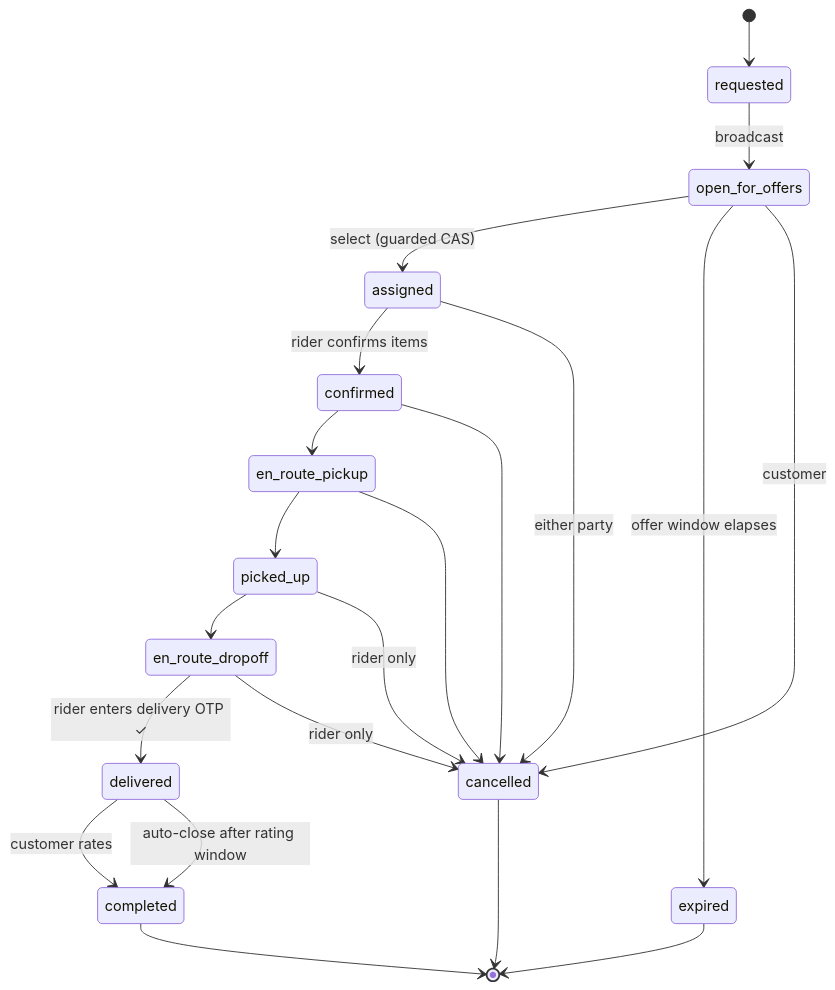
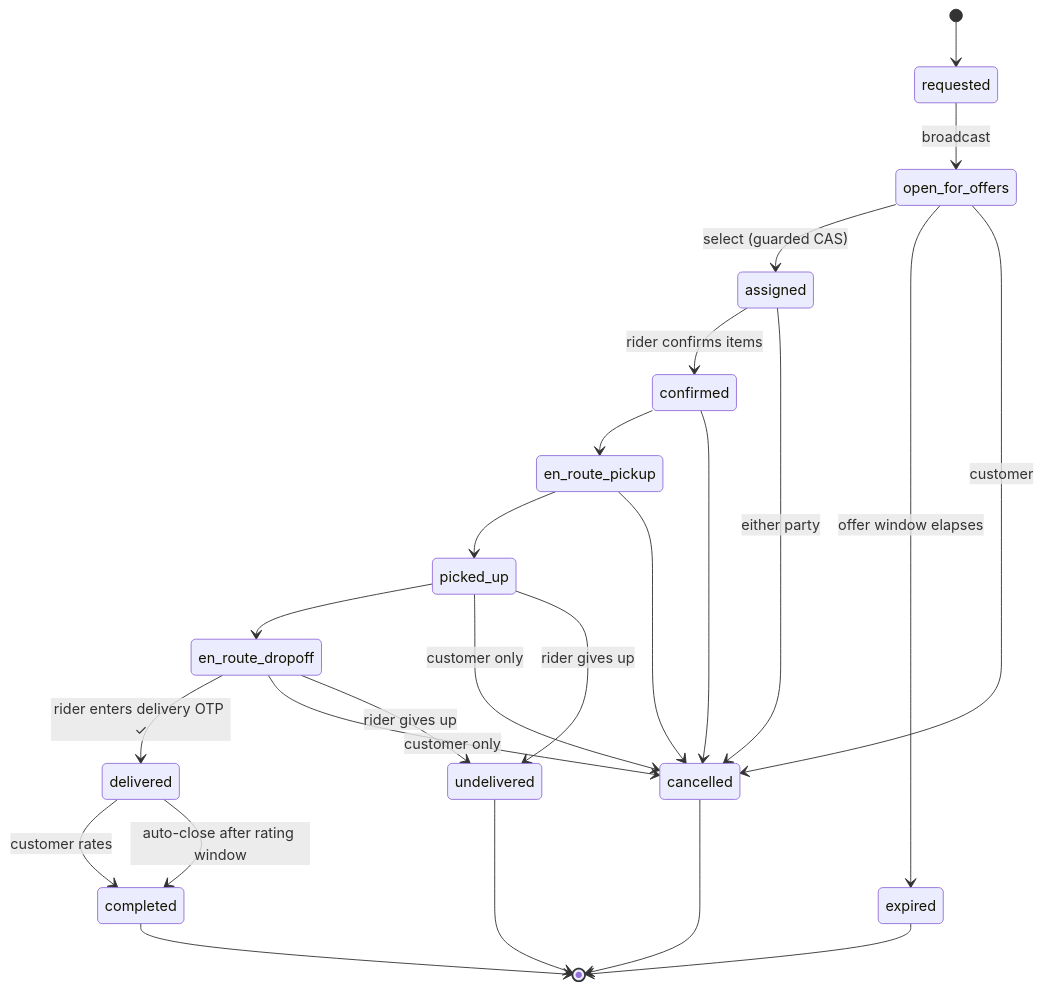
The eighth of 16 diagrams in docs/ARCHITECTURE.md (unnfazzed/Lynia), drawn with Mermaid before and after one commit. The commit also changed other lines of this file and 2 other files, not shown here.

````diff
--- a/docs/ARCHITECTURE.md
+++ b/docs/ARCHITECTURE.md
@@ -591,27 +596,31 @@
 ```mermaid
 stateDiagram-v2
     [*] --> requested
     requested --> open_for_offers : broadcast
     open_for_offers --> assigned : select (guarded CAS)
     open_for_offers --> expired : offer window elapses
 
     assigned --> confirmed : rider confirms items
     confirmed --> en_route_pickup
     en_route_pickup --> picked_up
     picked_up --> en_route_dropoff
     en_route_dropoff --> delivered : rider enters delivery OTP ✓
 
     delivered --> completed : customer rates
     delivered --> completed : auto-close after rating window
 
     assigned --> cancelled : either party
     confirmed --> cancelled
     en_route_pickup --> cancelled
-    picked_up --> cancelled : rider only
-    en_route_dropoff --> cancelled : rider only
+    picked_up --> cancelled : customer only
+    en_route_dropoff --> cancelled : customer only
     open_for_offers --> cancelled : customer
+
+    picked_up --> undelivered : rider gives up
+    en_route_dropoff --> undelivered : rider gives up
 
     completed --> [*]
     cancelled --> [*]
     expired --> [*]
+    undelivered --> [*]
 ```
````
